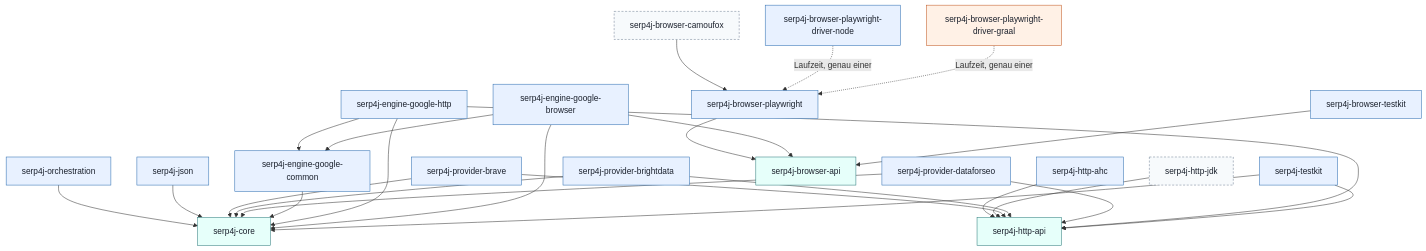
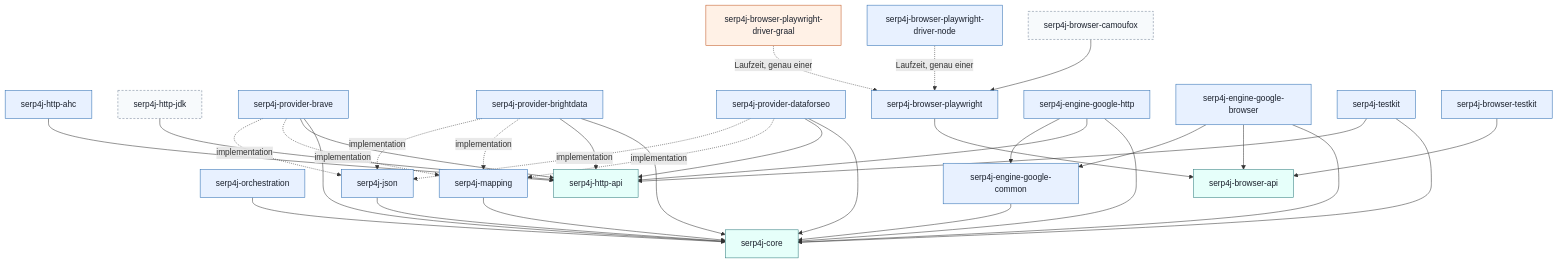
The diagram in docs/architecture/architecture.md (aresstack/Serp4J), drawn with Mermaid before and after one commit. The commit also changed other lines of this file and 18 other files, not shown here.

First line of the commit message:
docs(architecture): Response-Mapping in zwei Ebenen (ADR-019, Modul serp4j-mapping) mit Prototyp

````diff
--- a/docs/architecture/architecture.md
+++ b/docs/architecture/architecture.md
@@ -157,44 +167,47 @@
 ```mermaid
 graph TD
     classDef port fill:#e6fffa,stroke:#2c7a7b,color:#1a202c
     classDef j8 fill:#e8f1ff,stroke:#2b6cb0,color:#1a202c
     classDef j21 fill:#fff1e6,stroke:#c05621,color:#1a202c
     classDef later fill:#f7fafc,stroke:#718096,color:#1a202c,stroke-dasharray: 4 3
 
     core[serp4j-core]:::port
     orch[serp4j-orchestration]:::j8
     json[serp4j-json]:::j8
+    mapping[serp4j-mapping]:::j8
     httpapi[serp4j-http-api]:::port
     ahc[serp4j-http-ahc]:::j8
     jdk[serp4j-http-jdk]:::later
     brave[serp4j-provider-brave]:::j8
     bright[serp4j-provider-brightdata]:::j8
     d4s[serp4j-provider-dataforseo]:::j8
     bapi[serp4j-browser-api]:::port
     pw[serp4j-browser-playwright]:::j8
     dnode[serp4j-browser-playwright-driver-node]:::j8
     dgraal[serp4j-browser-playwright-driver-graal]:::j21
     camou[serp4j-browser-camoufox]:::later
     gcommon[serp4j-engine-google-common]:::j8
     ghttp[serp4j-engine-google-http]:::j8
     gbrowser[serp4j-engine-google-browser]:::j8
     tk[serp4j-testkit]:::j8
     btk[serp4j-browser-testkit]:::j8
 
     orch --> core
     json --> core
+    mapping --> core
     ahc --> httpapi
     jdk --> httpapi
     brave --> core & httpapi
     bright --> core & httpapi
     d4s --> core & httpapi
+    brave & bright & d4s -. "implementation" .-> mapping & json
     pw --> bapi
     camou --> pw
     gcommon --> core
     ghttp --> core & httpapi & gcommon
     gbrowser --> core & bapi & gcommon
     tk --> core & httpapi
     btk --> bapi
     dnode -. "Laufzeit, genau einer" .-> pw
     dgraal -. "Laufzeit, genau einer" .-> pw
 ```
````
